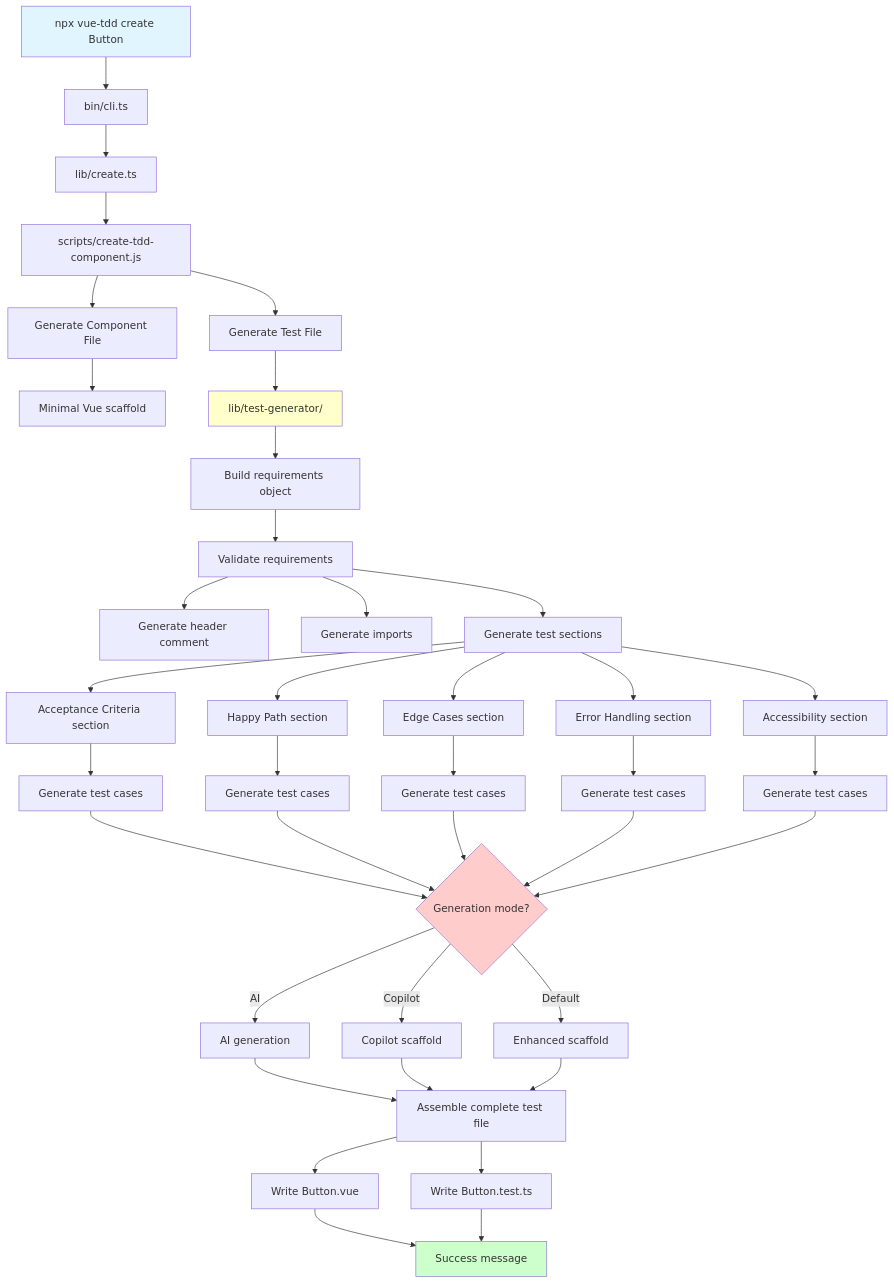
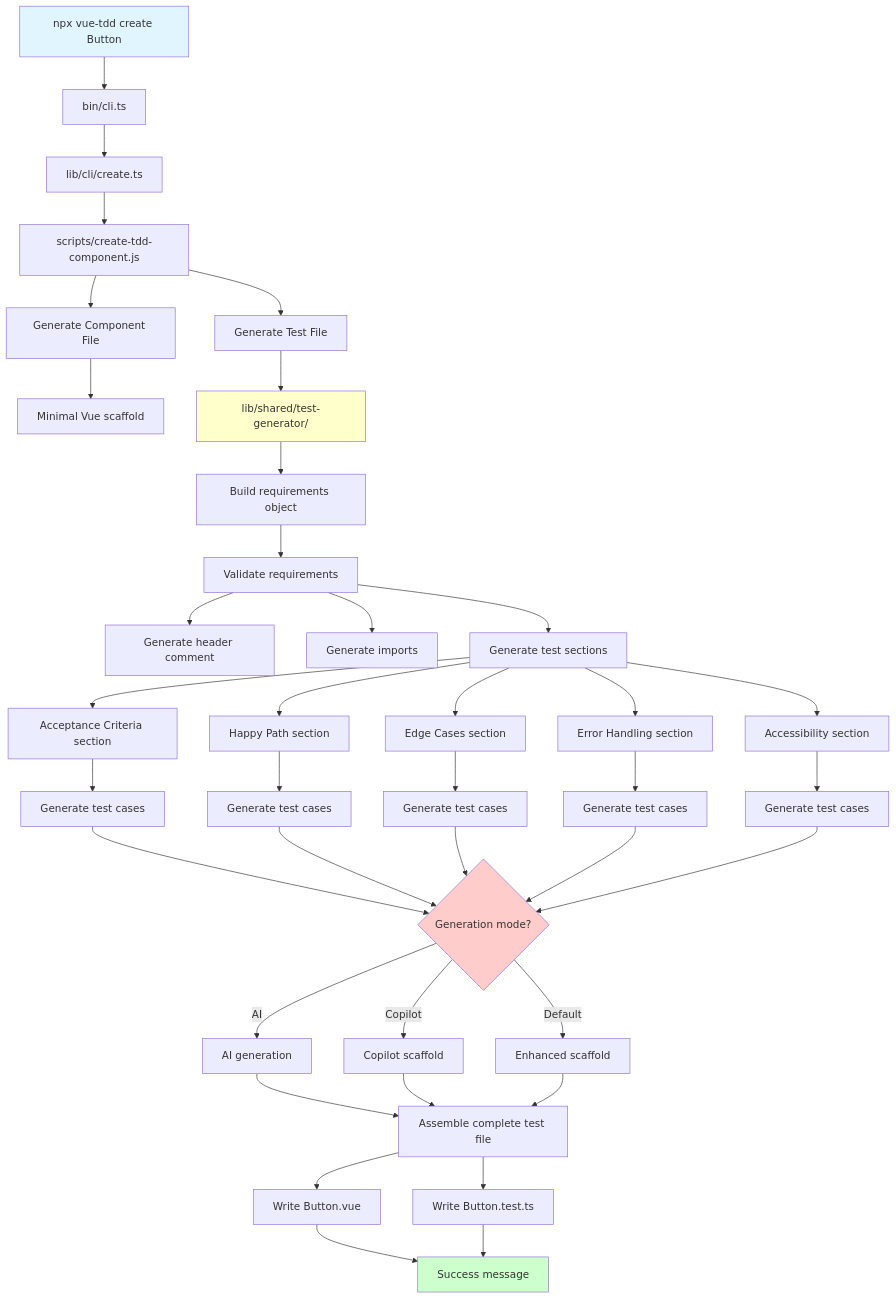
The ninth of 9 diagrams in docs/internal/TEST_GENERATION_FLOW.md (carolinapowers/vue-tdd-automation), drawn with Mermaid before and after one commit. The commit also changed 4 other files, not shown here.

````diff
--- a/docs/internal/TEST_GENERATION_FLOW.md
+++ b/docs/internal/TEST_GENERATION_FLOW.md
@@ -595,57 +595,57 @@
 ```mermaid
 graph TD
     CMD[npx vue-tdd create Button] --> CLI[bin/cli.ts]
 
-    CLI --> CREATE[lib/create.ts]
+    CLI --> CREATE[lib/cli/create.ts]
     CREATE --> SCRIPT[scripts/create-tdd-component.js]
 
     SCRIPT --> GEN_COMP[Generate Component File]
     SCRIPT --> GEN_TEST[Generate Test File]
 
     GEN_COMP --> COMP_TEMPLATE[Minimal Vue scaffold]
-    GEN_TEST --> TEST_GEN[lib/test-generator/]
+    GEN_TEST --> TEST_GEN[lib/shared/test-generator/]
 
     TEST_GEN --> BUILD_REQ[Build requirements object]
     BUILD_REQ --> VALIDATE[Validate requirements]
 
     VALIDATE --> GEN_HEADER[Generate header comment]
     VALIDATE --> GEN_IMPORTS[Generate imports]
     VALIDATE --> GEN_SECTIONS[Generate test sections]
 
     GEN_SECTIONS --> SEC_ACCEPTANCE[Acceptance Criteria section]
     GEN_SECTIONS --> SEC_HAPPY[Happy Path section]
     GEN_SECTIONS --> SEC_EDGE[Edge Cases section]
     GEN_SECTIONS --> SEC_ERROR[Error Handling section]
     GEN_SECTIONS --> SEC_A11Y[Accessibility section]
 
     SEC_ACCEPTANCE --> CASES1[Generate test cases]
     SEC_HAPPY --> CASES2[Generate test cases]
     SEC_EDGE --> CASES3[Generate test cases]
     SEC_ERROR --> CASES4[Generate test cases]
     SEC_A11Y --> CASES5[Generate test cases]
 
     CASES1 --> MODE_CHECK{Generation mode?}
     CASES2 --> MODE_CHECK
     CASES3 --> MODE_CHECK
     CASES4 --> MODE_CHECK
     CASES5 --> MODE_CHECK
 
     MODE_CHECK -->|AI| AI_GEN[AI generation]
     MODE_CHECK -->|Copilot| COPILOT_GEN[Copilot scaffold]
     MODE_CHECK -->|Default| SCAFFOLD_GEN[Enhanced scaffold]
 
     AI_GEN --> ASSEMBLE
     COPILOT_GEN --> ASSEMBLE
     SCAFFOLD_GEN --> ASSEMBLE
 
     ASSEMBLE[Assemble complete test file] --> WRITE_COMP[Write Button.vue]
     ASSEMBLE --> WRITE_TEST[Write Button.test.ts]
 
     WRITE_COMP --> SUCCESS[Success message]
     WRITE_TEST --> SUCCESS
 
     style CMD fill:#e1f5ff
     style TEST_GEN fill:#ffffcc
     style MODE_CHECK fill:#ffcccc
     style SUCCESS fill:#ccffcc
 ```
````
